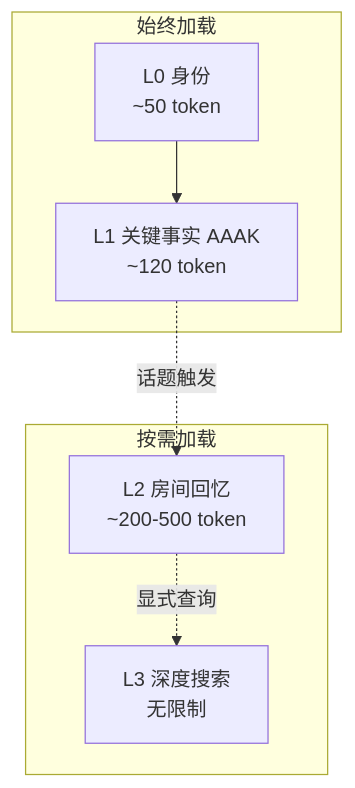
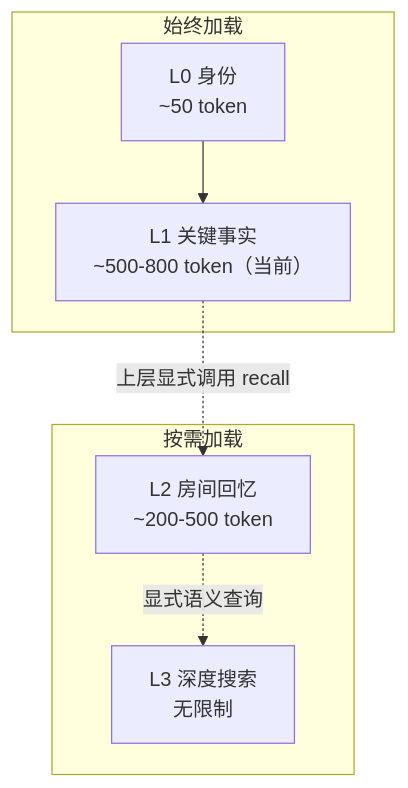
One commit to ZhangHanDong/mempalace-book changed the diagram in book/src/ch14-memory-layers.md. Above: the diagram before and after it, drawn with Mermaid. The commit also changed other lines of this file and 69 other files, not shown here.

````diff
--- a/book/src/ch14-memory-layers.md
+++ b/book/src/ch14-memory-layers.md
@@ -44,14 +44,14 @@
 ```mermaid
 graph TB
     subgraph "始终加载"
         L0["L0 身份<br/>~50 token"]
-        L1["L1 关键事实 AAAK<br/>~120 token"]
+        L1["L1 关键事实<br/>~500-800 token（当前）"]
     end
     subgraph "按需加载"
         L2["L2 房间回忆<br/>~200-500 token"]
         L3["L3 深度搜索<br/>无限制"]
     end
     L0 --> L1
-    L1 -.->|话题触发| L2
-    L2 -.->|显式查询| L3
+    L1 -.->|上层显式调用 recall| L2
+    L2 -.->|显式语义查询| L3
 ```
````
